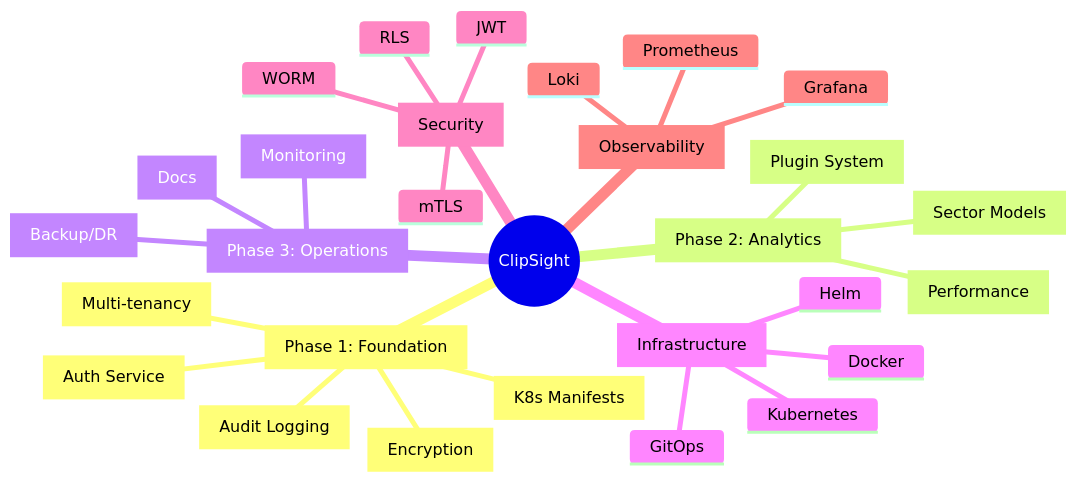
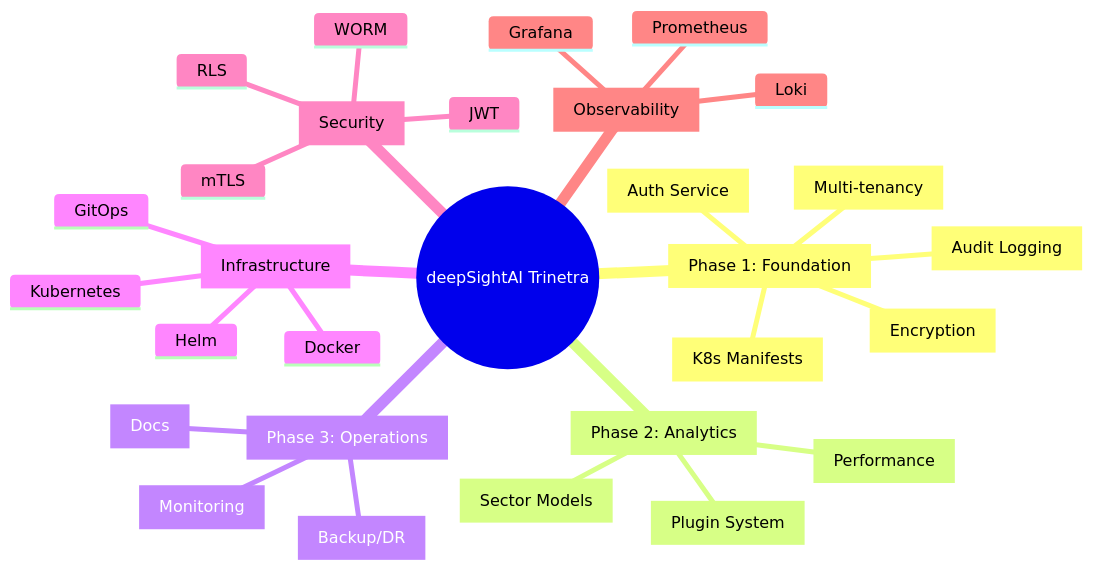
Before and after one commit to swatah/deepSightAI-Trinetra: the tenth of 10 diagrams in docs/architecture/diagrams.md, drawn with Mermaid. The commit also changed other lines of this file and 77 other files, not shown here.

First line of the commit message:
feat(rename): deepSightAI Trinetra - rename project from ClipSight

````diff
--- a/docs/architecture/diagrams.md
+++ b/docs/architecture/diagrams.md
@@ -369,32 +369,32 @@
 ```mermaid
 mindmap
-  root((ClipSight))
+  root((deepSightAI Trinetra))
     1[Phase 1: Foundation]
       1.1[K8s Manifests]
       1.2[Auth Service]
       1.3[Multi-tenancy]
       1.4[Encryption]
       1.5[Audit Logging]
     2[Phase 2: Analytics]
       2.1[Plugin System]
       2.2[Sector Models]
       2.3[Performance]
     3[Phase 3: Operations]
       3.1[Docs]
       3.2[Monitoring]
       3.3[Backup/DR]
     4[Infrastructure]
       Docker
       Kubernetes
       Helm
       GitOps
     5[Security]
       JWT
       mTLS
       RLS
       WORM
     6[Observability]
       Prometheus
       Grafana
       Loki
 ```
````
